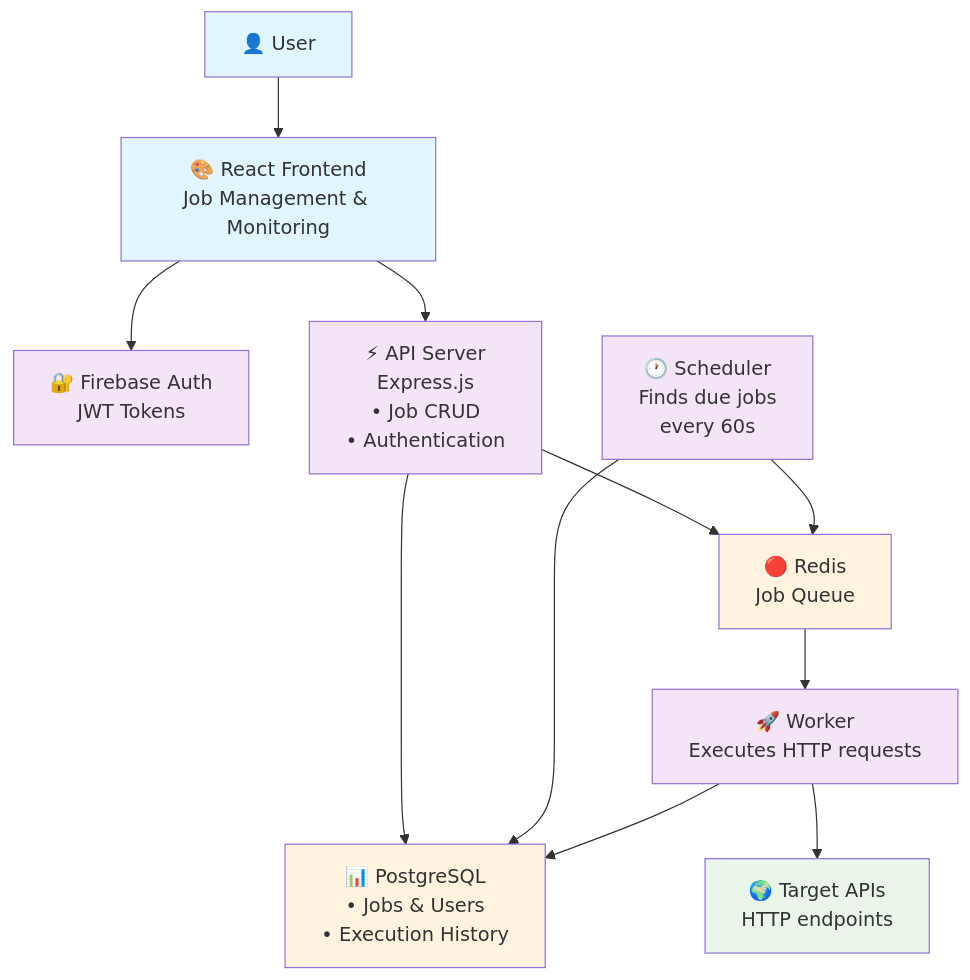
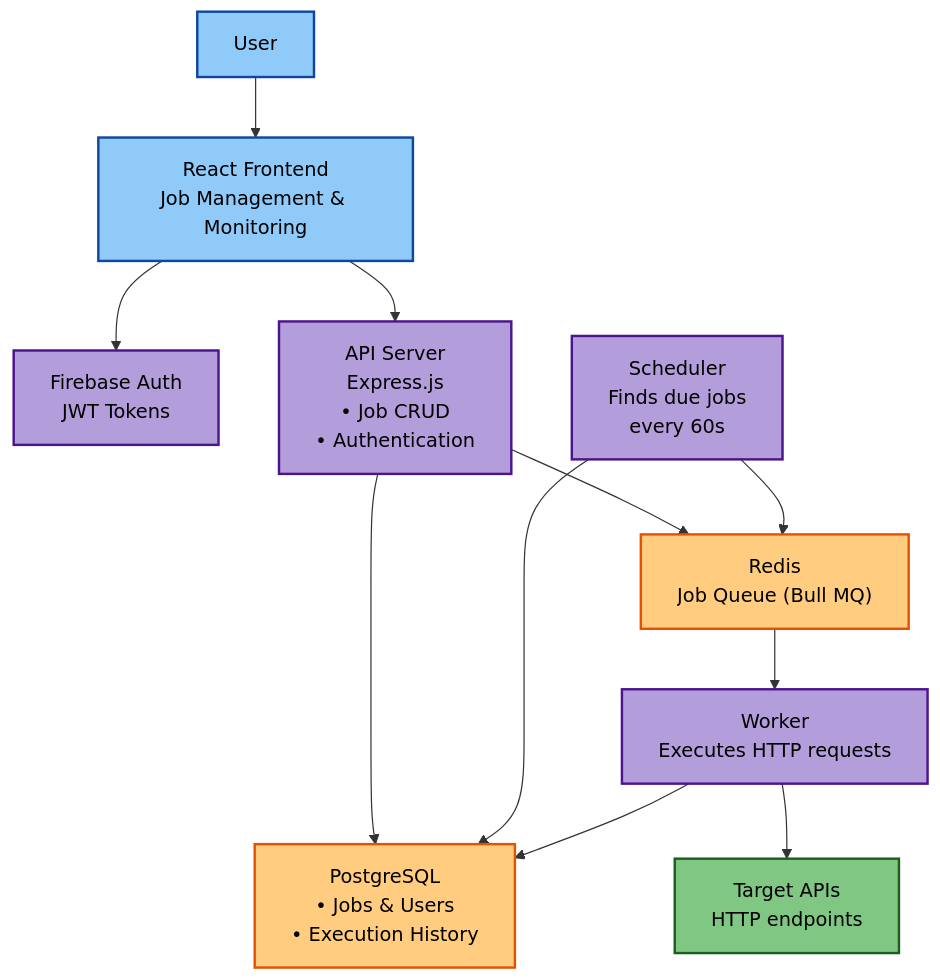
One commit to sohanagashimani/repeatly changed the diagram in README.md. Above: the diagram before and after it, drawn with Mermaid.

````diff
--- a/README.md
+++ b/README.md
@@ -9,33 +9,34 @@
 ```mermaid
 graph TB
     %% User Layer
-    USER["👤 User"] --> FRONTEND["🎨 React Frontend<br/>Job Management & Monitoring"]
+    USER["User"] --> FRONTEND["React Frontend<br/>Job Management & Monitoring"]
 
     %% Authentication
-    FRONTEND --> AUTH["🔐 Firebase Auth<br/>JWT Tokens"]
+    FRONTEND --> AUTH["Firebase Auth<br/>JWT Tokens"]
 
     %% Core Services
-    FRONTEND --> API["⚡ API Server<br/>Express.js<br/>• Job CRUD<br/>• Authentication"]
+    FRONTEND --> API["API Server<br/>Express.js<br/>• Job CRUD<br/>• Authentication"]
 
-    API --> DB["📊 PostgreSQL<br/>• Jobs & Users<br/>• Execution History"]
-    API --> REDIS["🔴 Redis<br/>Job Queue"]
+    API --> DB["PostgreSQL<br/>• Jobs & Users<br/>• Execution History"]
+    API --> REDIS["Redis<br/>Job Queue (Bull MQ)"]
 
     %% Background Services
-    SCHEDULER["🕐 Scheduler<br/>Finds due jobs<br/>every 60s"] --> REDIS
+    SCHEDULER["Scheduler<br/>Finds due jobs<br/>every 60s"] --> REDIS
     SCHEDULER --> DB
 
-    REDIS --> WORKER["🚀 Worker<br/>Executes HTTP requests"]
-    WORKER --> TARGET["🌍 Target APIs<br/>HTTP endpoints"]
+    REDIS --> WORKER["Worker<br/>Executes HTTP requests"]
+    WORKER --> TARGET["Target APIs<br/>HTTP endpoints"]
     WORKER --> DB
 
     %% Styling
-    classDef userLayer fill:#e1f5fe
-    classDef coreService fill:#f3e5f5
-    classDef storage fill:#fff3e0
-    classDef external fill:#e8f5e8
+    classDef userLayer fill:#90caf9,stroke:#0d47a1,stroke-width:2px,color:#000
+    classDef coreService fill:#b39ddb,stroke:#4a148c,stroke-width:2px,color:#000
+    classDef storage fill:#ffcc80,stroke:#e65100,stroke-width:2px,color:#000
+    classDef external fill:#81c784,stroke:#1b5e20,stroke-width:2px,color:#000
 
     class USER,FRONTEND userLayer
     class API,SCHEDULER,WORKER,AUTH coreService
     class DB,REDIS storage
     class TARGET external
+
 ```
````
